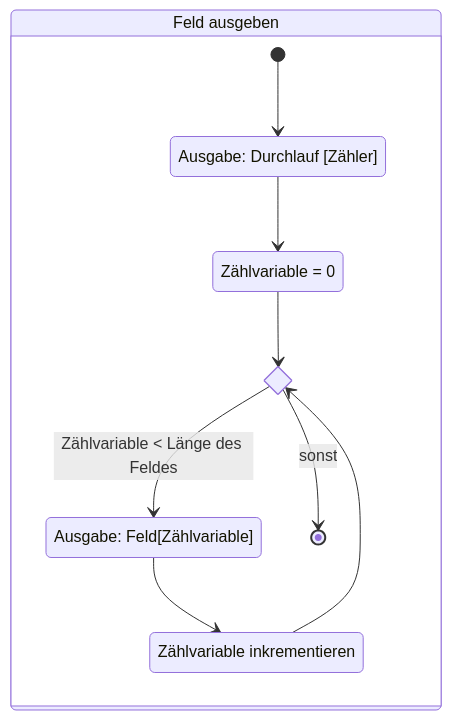
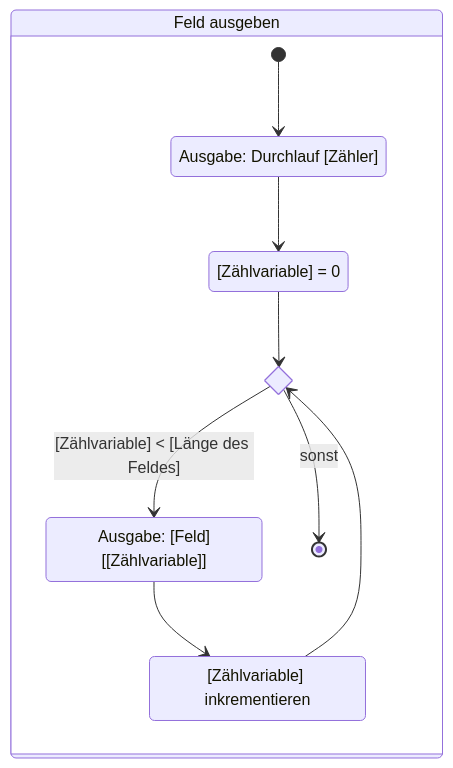
The fourth of 4 diagrams in docs/exam-exercises/exam-exercises-java1/activity-diagrams/insertion-sort.md (jappuccini/java-docs), drawn with Mermaid before and after one commit. The commit also changed other lines of this file and 5 other files, not shown here.

````diff
--- a/docs/exam-exercises/exam-exercises-java1/activity-diagrams/insertion-sort.md
+++ b/docs/exam-exercises/exam-exercises-java1/activity-diagrams/insertion-sort.md
@@ -76,19 +76,19 @@
 ```mermaid
 stateDiagram-v2
     state "Ausgabe: Durchlauf [Zähler]" as state1
-    state "Zählvariable = 0" as state2
-    state "Ausgabe: Feld[Zählvariable]" as state3
-    state "Zählvariable inkrementieren" as state4
+    state "[Zählvariable] = 0" as state2
+    state "Ausgabe: [Feld][[Zählvariable]]" as state3
+    state "[Zählvariable] inkrementieren" as state4
 
     state if1 <<choice>>
 
     state "Feld ausgeben" as print {
         [*] --> state1
         state1 --> state2
         state2 --> if1
-        if1 --> state3: Zählvariable < Länge des Feldes
+        if1 --> state3: [Zählvariable] < [Länge des Feldes]
         if1 --> [*]: sonst
         state3 --> state4
         state4 --> if1
     }
 ```
````
